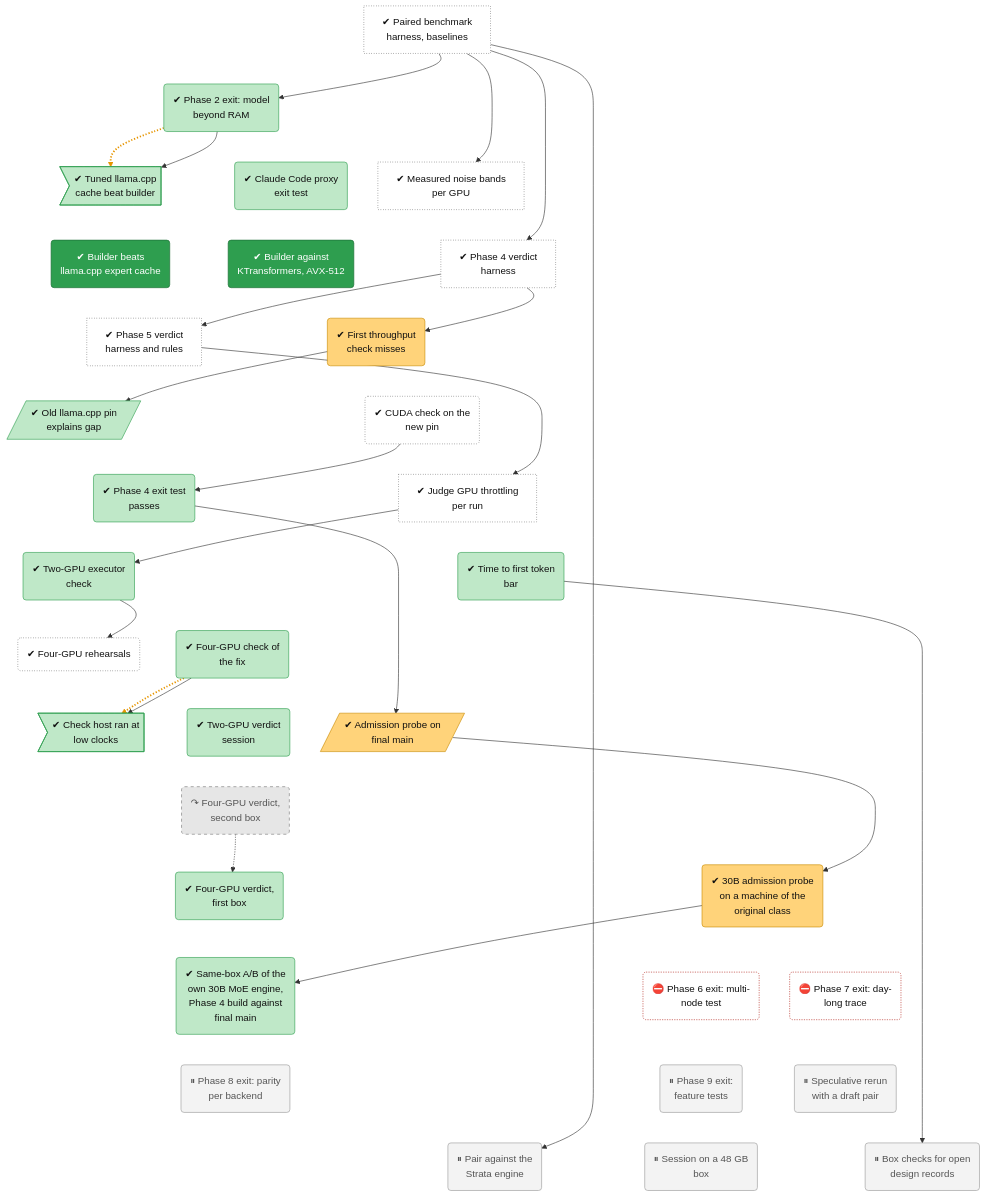
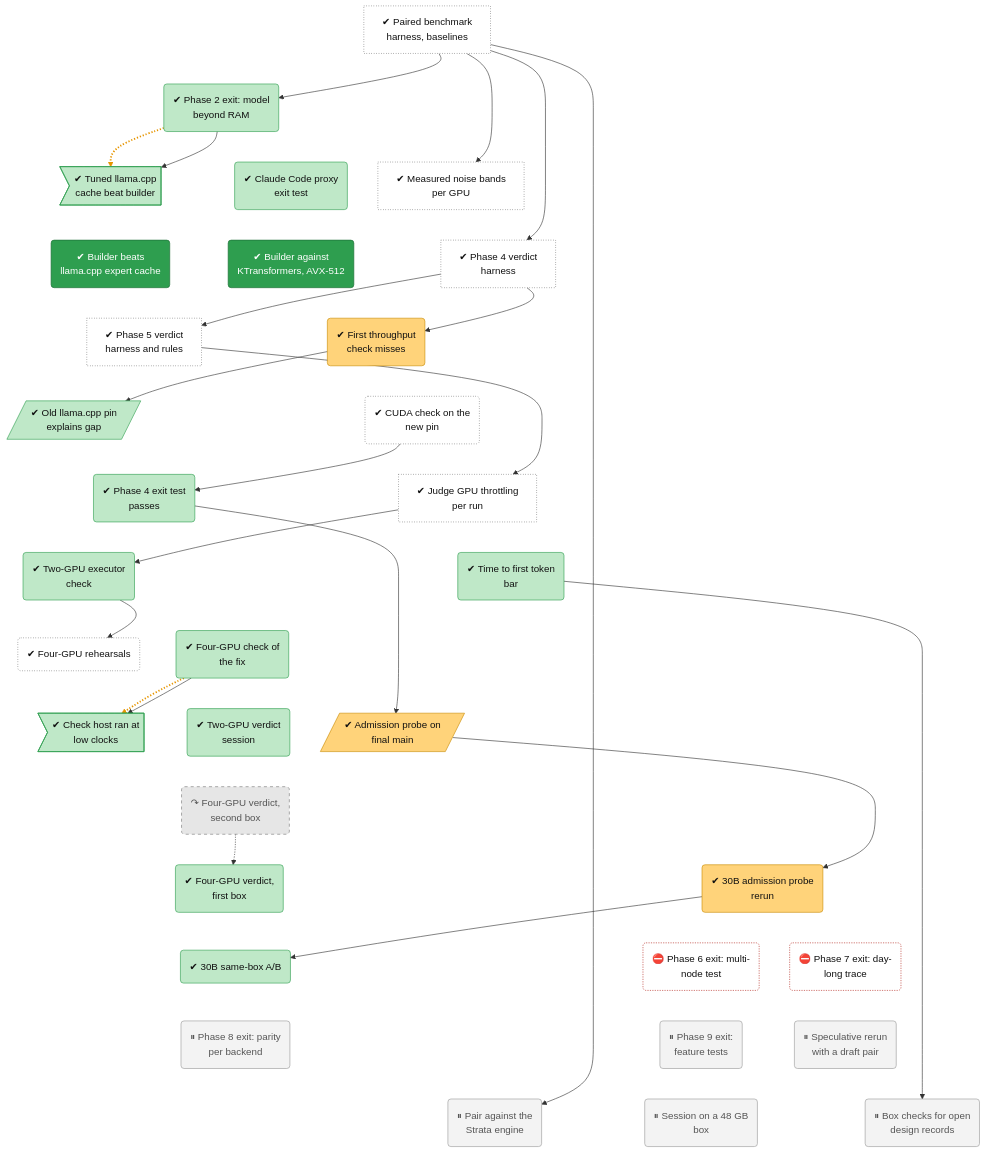
Before and after one commit to lhns/tetraeder: the diagram in docs/roadmap/tracks/bench.md, drawn with Mermaid. The commit also changed other lines of this file and 5 other files, not shown here.

Commit message:
M2 report: decision 4 is whether the A/B stands in for the 30B half of the D2a probe; margin arithmetic; m2-plan and bench-m2-report current

```diff
--- a/docs/roadmap/tracks/bench.md
+++ b/docs/roadmap/tracks/bench.md
@@ -32,8 +32,8 @@
     bench_d2a_probe[/"✔ Admission probe on<br/>final main"/]
     bench_v4b_verdict("↷ Four-GPU verdict,<br/>second box")
     bench_v4a_verdict("✔ Four-GPU verdict,<br/>first box")
-    bench_d2a_30b("✔ 30B admission probe<br/>on a machine of the<br/>original class")
-    bench_ab30b("✔ Same-box A/B of the<br/>own 30B MoE engine,<br/>Phase 4 build against<br/>final main")
+    bench_d2a_30b("✔ 30B admission probe<br/>rerun")
+    bench_ab30b("✔ 30B same-box A/B")
     bench_phase6_exit("⛔ Phase 6 exit: multi-<br/>node test")
     bench_phase7_exit("⛔ Phase 7 exit: day-<br/>long trace")
     bench_phase8_exit("⏸ Phase 8 exit: parity<br/>per backend")
```
